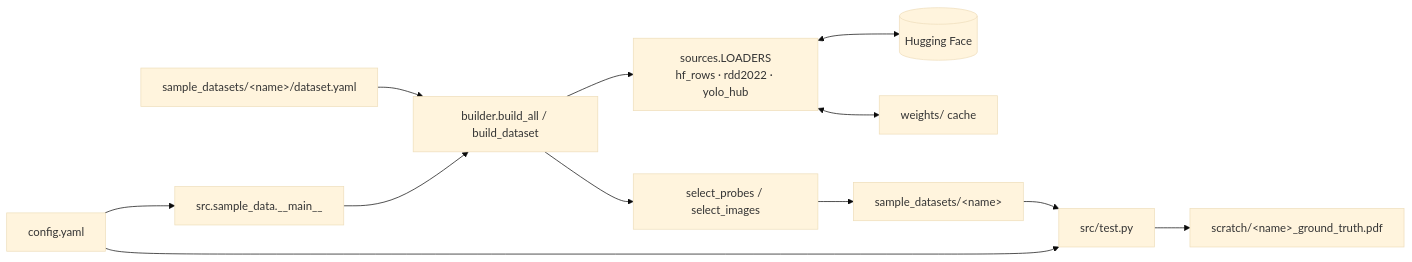
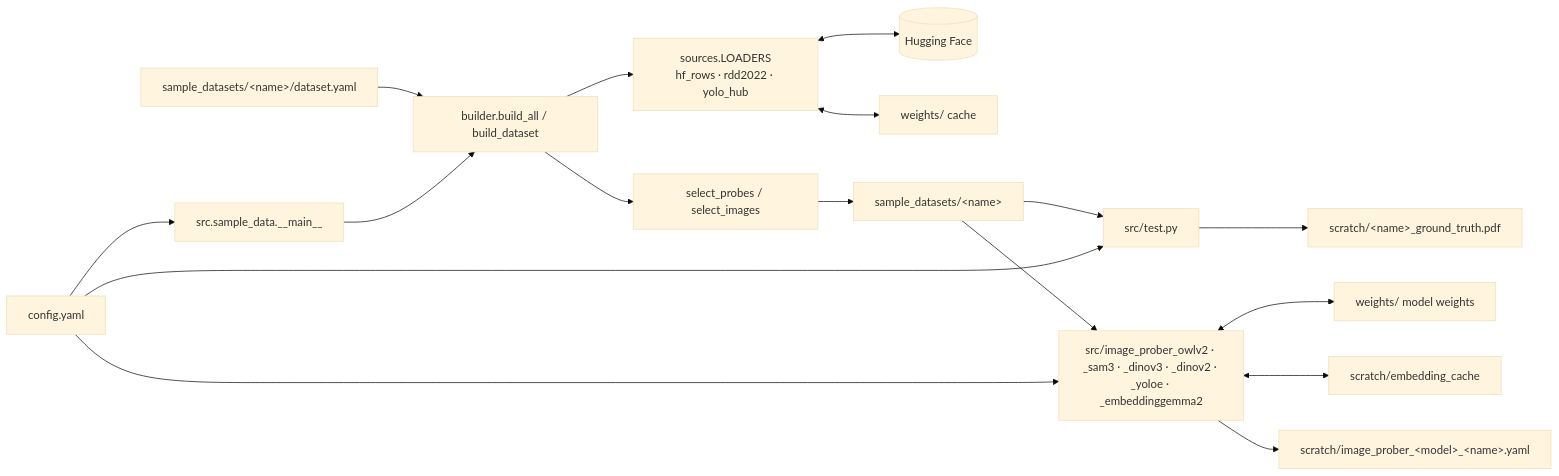
Before and after one commit to michael-mayo/autolabelling_via_embeddings: the first of 2 diagrams in README.md, drawn with Mermaid (base theme). The commit also changed other lines of this file and 9 other files, not shown here.

Commit message:
image prober class and multiple modules for different vision foundation models

````diff
--- a/README.md
+++ b/README.md
@@ -134,14 +235,19 @@
 ```mermaid
 flowchart LR
     config[config.yaml] --> main["src.sample_data.__main__"]
     dsyaml["sample_datasets/&lt;name&gt;/dataset.yaml"] --> builder
     main --> builder["builder.build_all / build_dataset"]
     builder --> sources["sources.LOADERS<br/>hf_rows · rdd2022 · yolo_hub"]
     sources <--> hf[(Hugging Face)]
     sources <--> cache[weights/ cache]
     builder --> select["select_probes / select_images"]
     select --> out[sample_datasets/&lt;name&gt;]
     out --> test[src/test.py]
     config --> test
     test --> pdf[scratch/&lt;name&gt;_ground_truth.pdf]
+    out --> probers["src/image_prober_owlv2 · _sam3 · _dinov3 · _dinov2 · _yoloe · _embeddinggemma2"]
+    config --> probers
+    probers <--> weights[weights/ model weights]
+    probers <--> ecache[scratch/embedding_cache]
+    probers --> report[scratch/image_prober_&lt;model&gt;_&lt;name&gt;.yaml]
 ```
````
